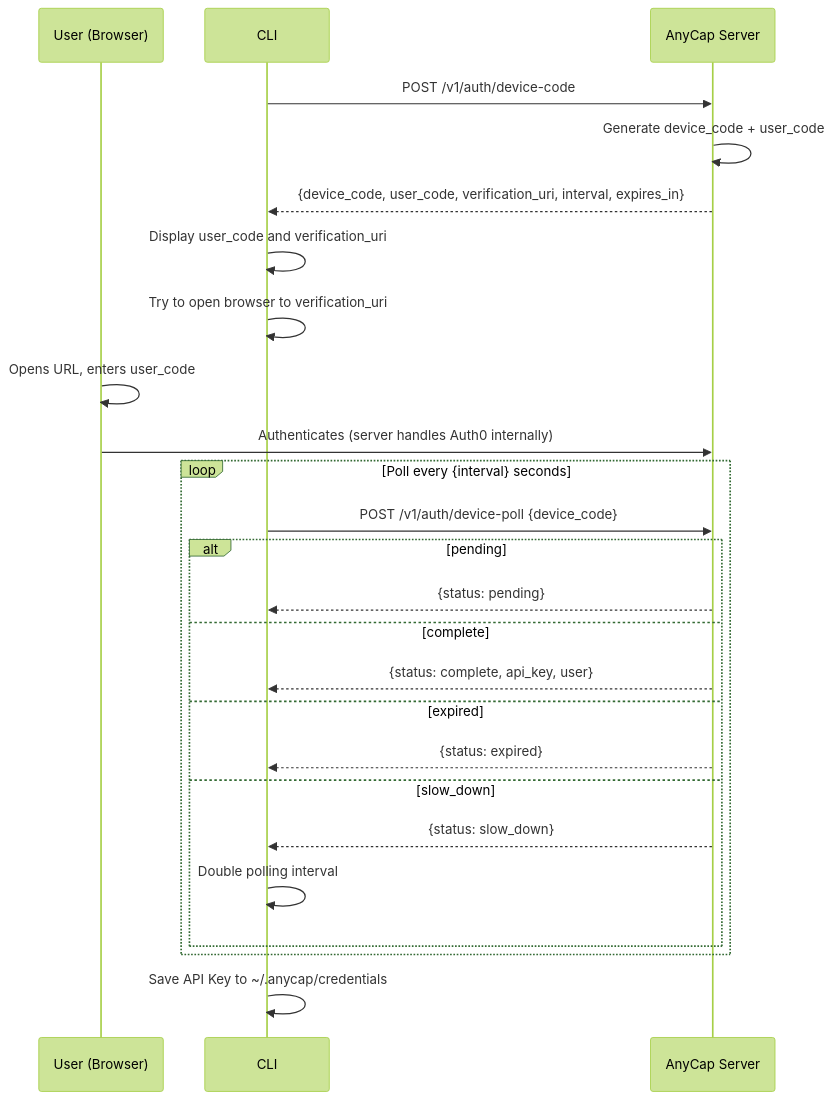
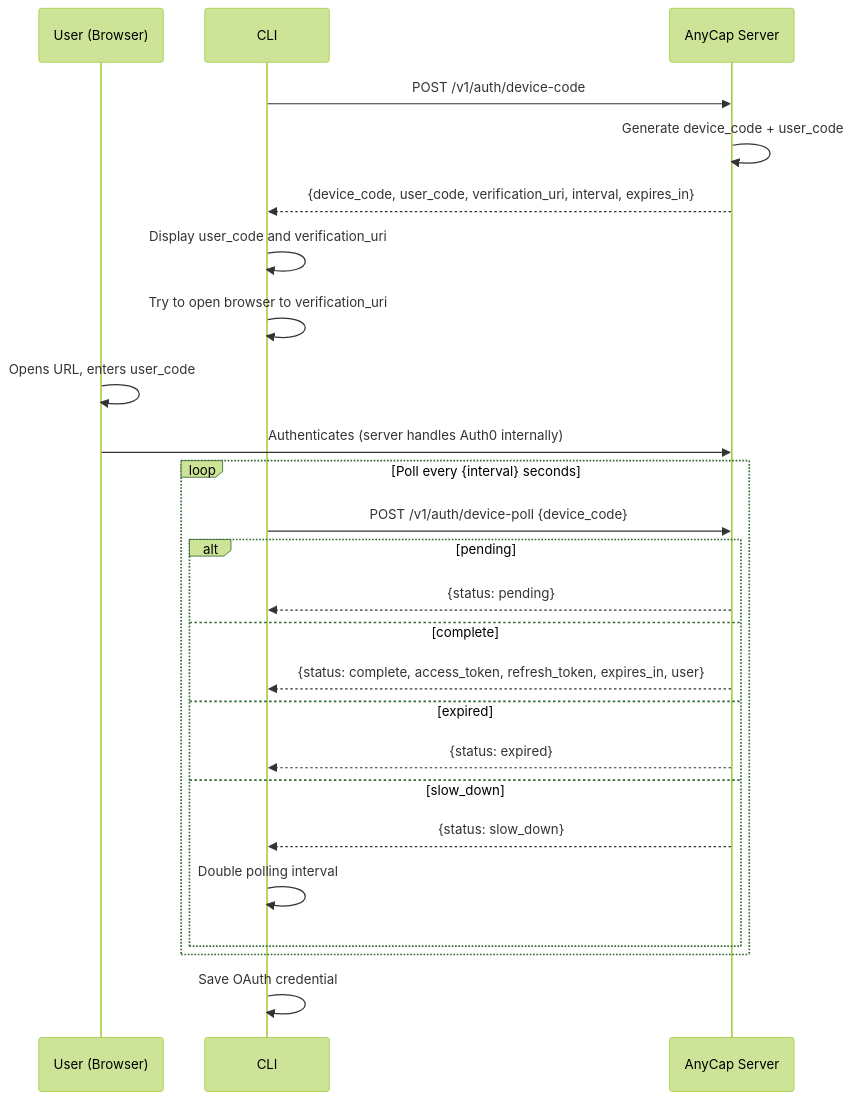
One commit to anycap-ai/anycap changed the fifth of 6 diagrams in docs/cli/spec/oauth.md. Above: the diagram before and after it, drawn with Mermaid (forest theme). The commit also changed other lines of this file and 46 other files, not shown here.

First line of the commit message:
feat(cli): OAuth credential system, config commands, and upload hardening

````diff
--- a/docs/cli/spec/oauth.md
+++ b/docs/cli/spec/oauth.md
@@ -233,32 +312,32 @@
 ```mermaid
 sequenceDiagram
     participant U as User (Browser)
     participant C as CLI
     participant S as AnyCap Server
 
     C->>S: POST /v1/auth/device-code
     S->>S: Generate device_code + user_code
     S-->>C: {device_code, user_code, verification_uri, interval, expires_in}
 
     C->>C: Display user_code and verification_uri
     C->>C: Try to open browser to verification_uri
 
     U->>U: Opens URL, enters user_code
     U->>S: Authenticates (server handles Auth0 internally)
 
     loop Poll every {interval} seconds
         C->>S: POST /v1/auth/device-poll {device_code}
         alt pending
             S-->>C: {status: pending}
         else complete
-            S-->>C: {status: complete, api_key, user}
+            S-->>C: {status: complete, access_token, refresh_token, expires_in, user}
         else expired
             S-->>C: {status: expired}
         else slow_down
             S-->>C: {status: slow_down}
             C->>C: Double polling interval
         end
     end
 
-    C->>C: Save API Key to ~/.anycap/credentials
+    C->>C: Save OAuth credential
 ```
````
